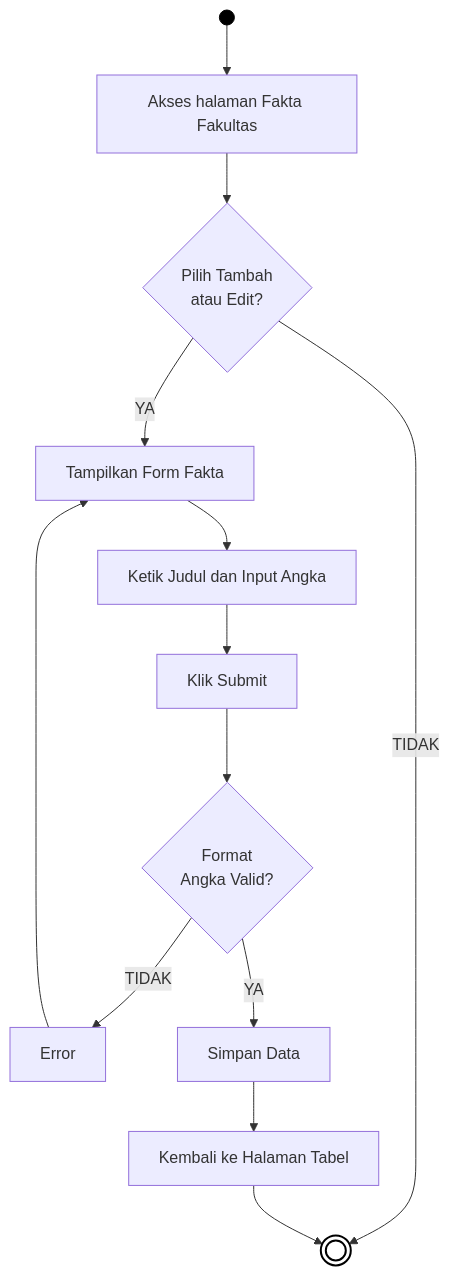
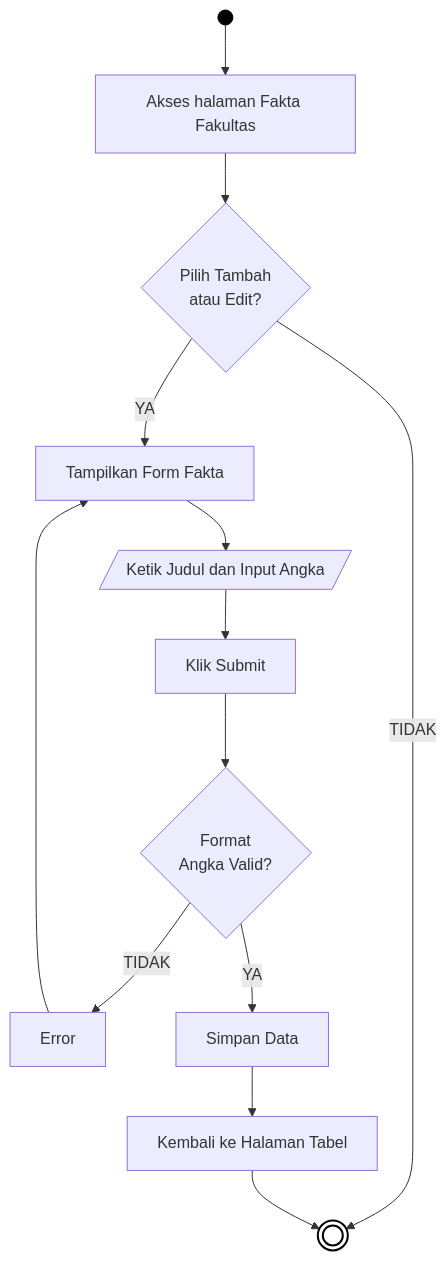
Before and after one commit to arbain-dev/Web_fikom: the fourth of 21 diagrams in docs/01_DIAGRAM_AKTIVITAS.md, drawn with Mermaid. The commit also changed other lines of this file and 2 other files, not shown here.

Commit message:
docs: perbaiki bentuk IO pada flowchart

````diff
--- a/docs/01_DIAGRAM_AKTIVITAS.md
+++ b/docs/01_DIAGRAM_AKTIVITAS.md
@@ -117,22 +117,22 @@
 ```mermaid
 flowchart TD
     Start(( )) --> A[Akses halaman Fakta Fakultas]
     
     A --> B{Pilih Tambah\natau Edit?}
     B -- TIDAK --> End((( )))
     
     B -- YA --> C[Tampilkan Form Fakta]
-    C --> D[Ketik Judul dan Input Angka]
+    C --> D[/Ketik Judul dan Input Angka/]
     D --> E[Klik Submit]
     
     E --> F{Format\nAngka Valid?}
     F -- TIDAK --> G[Error]
     G --> C
     
     F -- YA --> H[Simpan Data]
     H --> I[Kembali ke Halaman Tabel]
     I --> End
     
     style Start fill:#000,stroke:#000,color:#000
     style End fill:#fff,stroke:#000,stroke-width:2px
 ```
````
